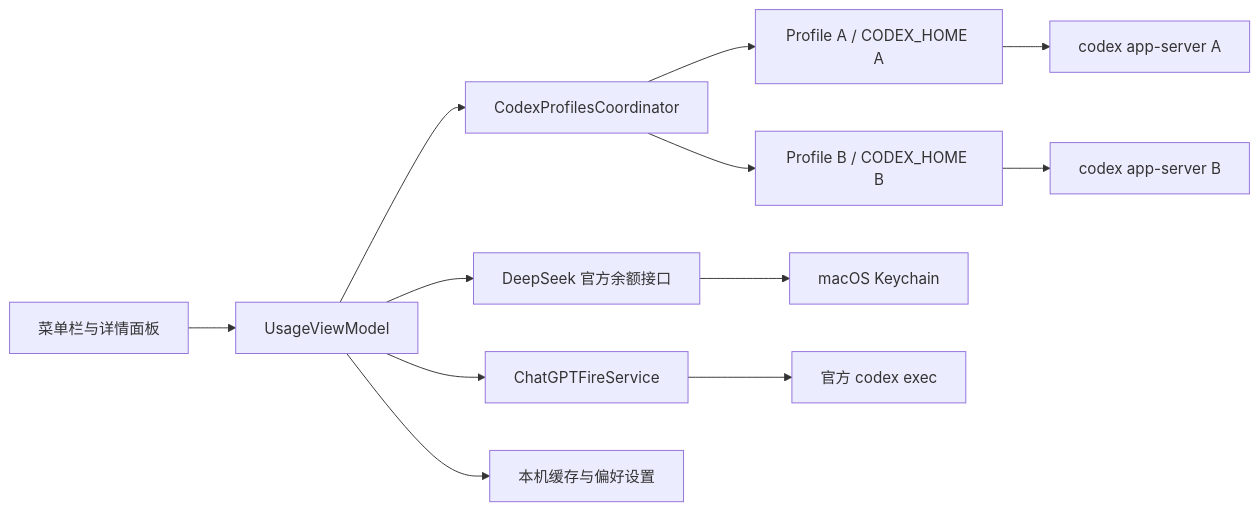
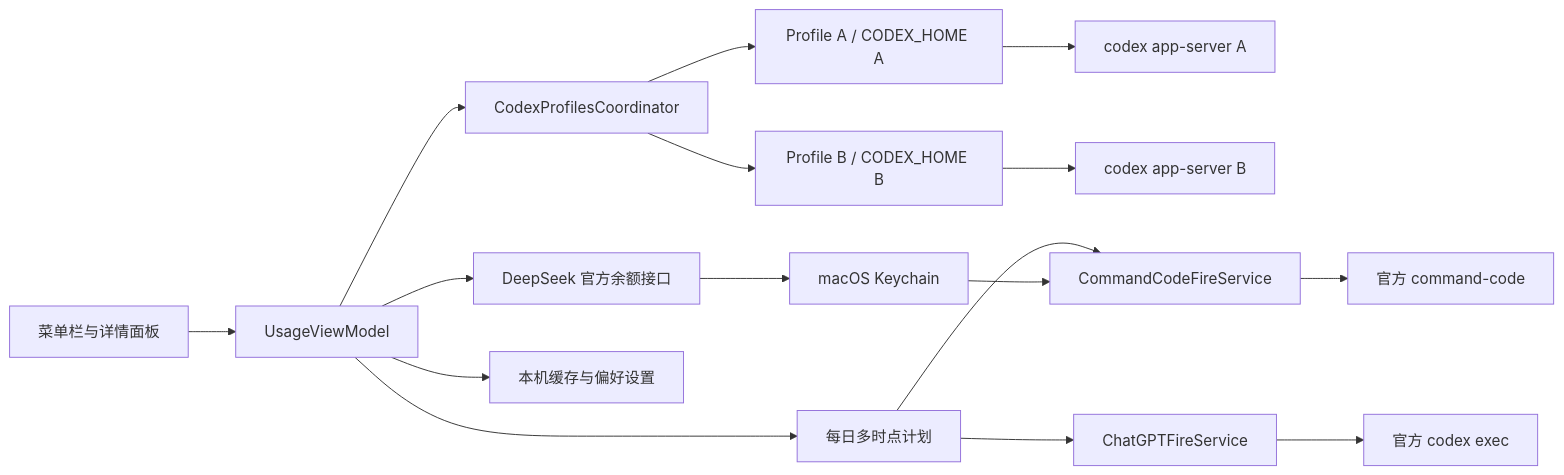
The diagram in docs/ARCHITECTURE.md (ym911x/Minget), drawn with Mermaid before and after one commit. The commit also changed other lines of this file and 47 other files, not shown here.

````diff
--- a/docs/ARCHITECTURE.md
+++ b/docs/ARCHITECTURE.md
@@ -33,14 +35,18 @@
 ```mermaid
 flowchart LR
     UI[菜单栏与详情面板] --> Store[UsageViewModel]
     Store --> Coord[CodexProfilesCoordinator]
     Coord --> A[Profile A / CODEX_HOME A]
     Coord --> B[Profile B / CODEX_HOME B]
     A --> AServer[codex app-server A]
     B --> BServer[codex app-server B]
     Store --> DeepSeek[DeepSeek 官方余额接口]
     DeepSeek --> Keychain[macOS Keychain]
-    Store --> Fire[ChatGPTFireService]
+    Store --> Schedule[每日多时点计划]
+    Schedule --> Fire[ChatGPTFireService]
+    Schedule --> CCFire[CommandCodeFireService]
     Fire --> CLI[官方 codex exec]
+    CCFire --> CCCLI[官方 command-code]
+    Keychain --> CCFire
     Store --> Cache[本机缓存与偏好设置]
 ```
````
